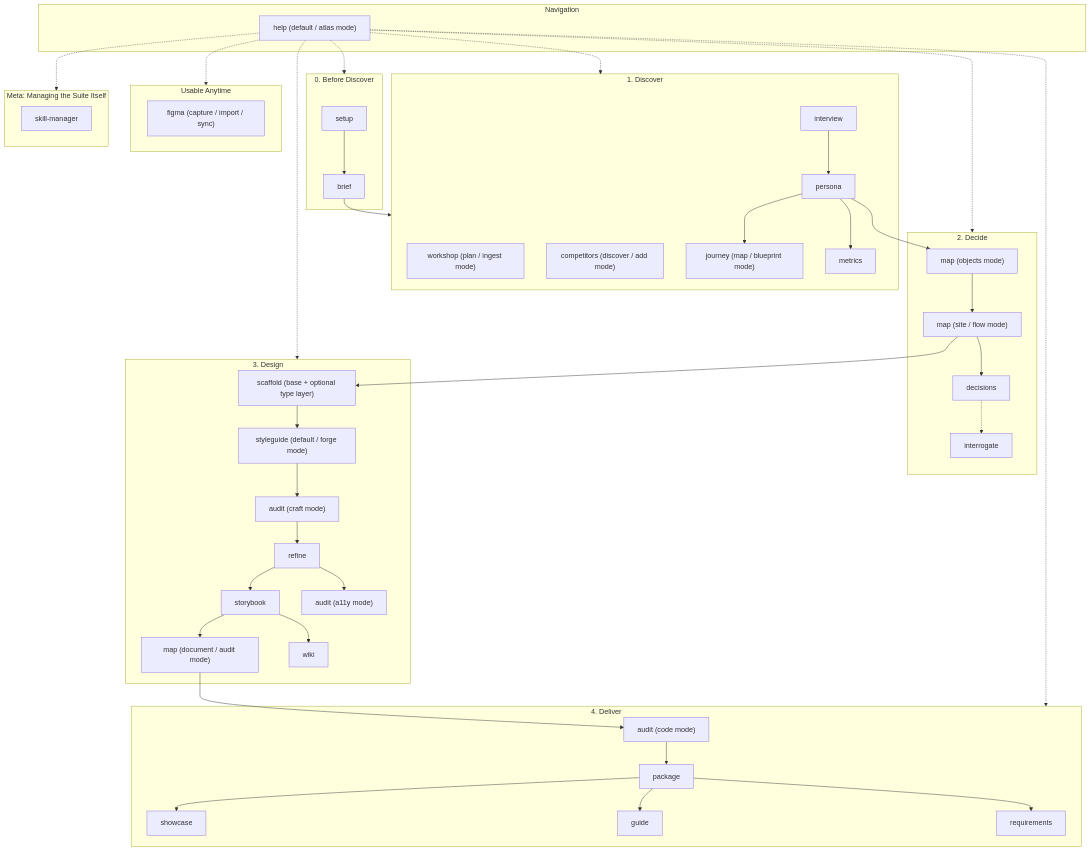
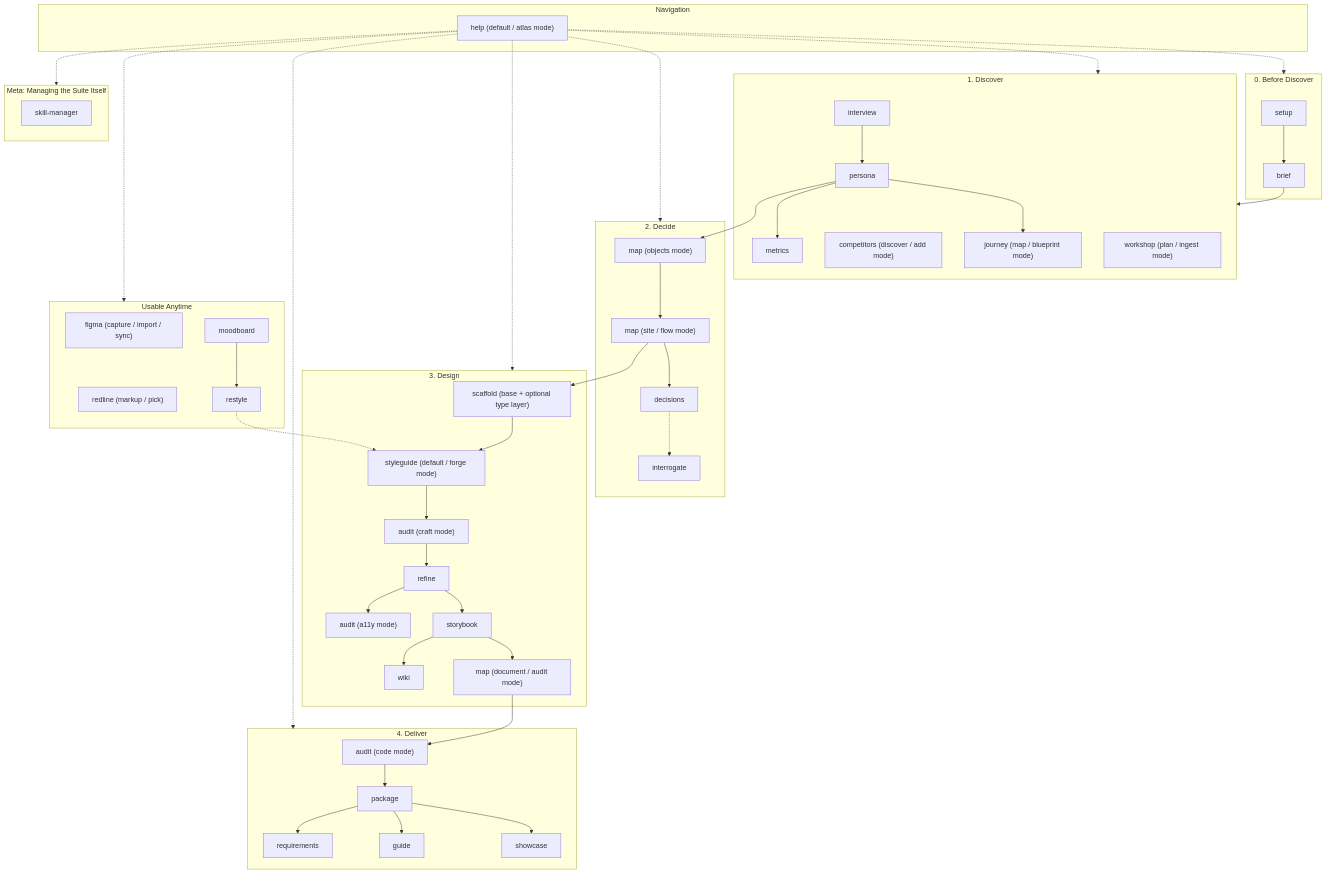
Before and after one commit to RPalis/AIXLab-Atlas: the diagram in AGENTS.md, drawn with Mermaid. The commit also changed other lines of this file and 53 other files, not shown here.

````diff
--- a/AGENTS.md
+++ b/AGENTS.md
@@ -15,61 +15,64 @@
 ```mermaid
 flowchart TD
     subgraph Router ["Navigation"]
         RH["help (default / atlas mode)"]
     end
 
     subgraph Before ["0. Before Discover"]
         P00[setup] --> P00B[brief]
     end
 
     subgraph Discover ["1. Discover"]
         P0W["workshop (plan / ingest mode)"]
         P0C["competitors (discover / add mode)"]
         P0U[interview] --> P1[persona]
         P1 --> P0J["journey (map / blueprint mode)"]
         P1 --> P0M[metrics]
     end
 
     subgraph Decide ["2. Decide"]
         P1 --> P2["map (objects mode)"]
         P2 --> P2B["map (site / flow mode)"]
         P2B --> P7B[decisions]
         P7B -.-> P7C[interrogate]
     end
 
     subgraph Design ["3. Design"]
         P2B --> P3["scaffold (base + optional type layer)"]
         P3 --> P4["styleguide (default / forge mode)"]
         P4 --> PCA["audit (craft mode)"]
         PCA --> P5[refine]
         P5 --> P6[storybook]
         P6 --> P7["map (document / audit mode)"]
         P5 --> P7D["audit (a11y mode)"]
         P6 --> P7F[wiki]
     end
 
     subgraph Deliver ["4. Deliver"]
         P7 --> P8["audit (code mode)"]
         P8 --> P9[package]
         P9 --> P9B[showcase]
         P9 --> P9C[guide]
         P9 --> P9D[requirements]
     end
 
     subgraph Anytime ["Usable Anytime"]
         FIG["figma (capture / import / sync)"]
+        RL["redline (markup / pick)"]
+        MB[moodboard] --> RS[restyle]
+        RS -.-> P4
     end
 
     subgraph Meta ["Meta: Managing the Suite Itself"]
         SM[skill-manager]
     end
 
     P00B --> Discover
     RH -.-> Before
     RH -.-> Discover
     RH -.-> Decide
     RH -.-> Design
     RH -.-> Deliver
     RH -.-> Anytime
     RH -.-> Meta
 ```
````
